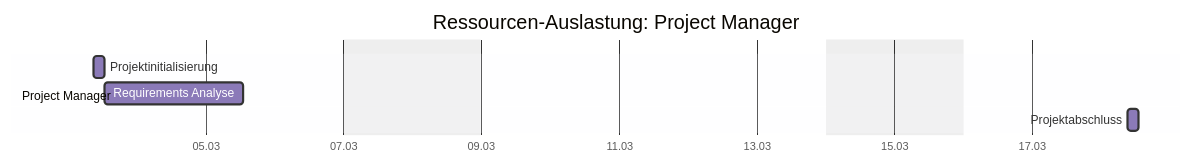
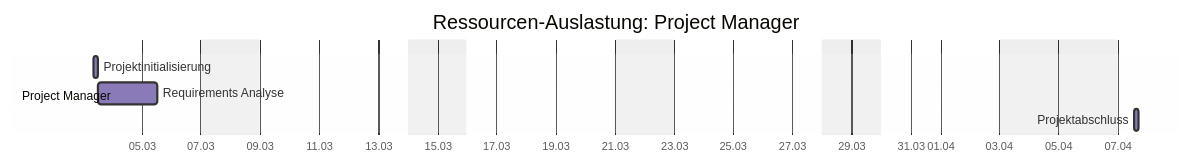
Before and after one commit to mistamichael/sproject: the sixth of 6 diagrams in doc/result_examples/software_simple.md, drawn with Mermaid. The commit also changed other lines of this file and 48 other files, not shown here.

````diff
--- a/doc/result_examples/software_simple.md
+++ b/doc/result_examples/software_simple.md
@@ -155,14 +157,14 @@
 ```mermaid
 %%{init: {'theme': 'base', 'themeVariables': {'taskBkgColor': '#8B7AB8', 'taskBorderColor': '#333', 'taskTextColor': '#fff'}}}%%
 gantt
     title Ressourcen-Auslastung: Project Manager
     dateFormat  YYYY-MM-DD HH:mm
     axisFormat  %d.%m
     excludes    weekends, 2026-01-01, 2026-01-06, 2026-04-03, 2026-04-06, 2026-05-01, 2026-05-14, 2026-05-25, 2026-06-04, 2026-08-15, 2026-10-03, 2026-11-01, 2026-12-25, 2026-12-26
 
     section Project Manager
 
     Projektinitialisierung      :t0, 2026-03-03 09:00, 2026-03-03 13:00
     Requirements Analyse        :t1, 2026-03-03 13:00, 2026-03-05 13:00
-    Projektabschluss            :t2, 2026-03-18 09:00, 2026-03-18 13:00
+    Projektabschluss            :t2, 2026-04-07 13:00, 2026-04-07 17:00
 ```
````
